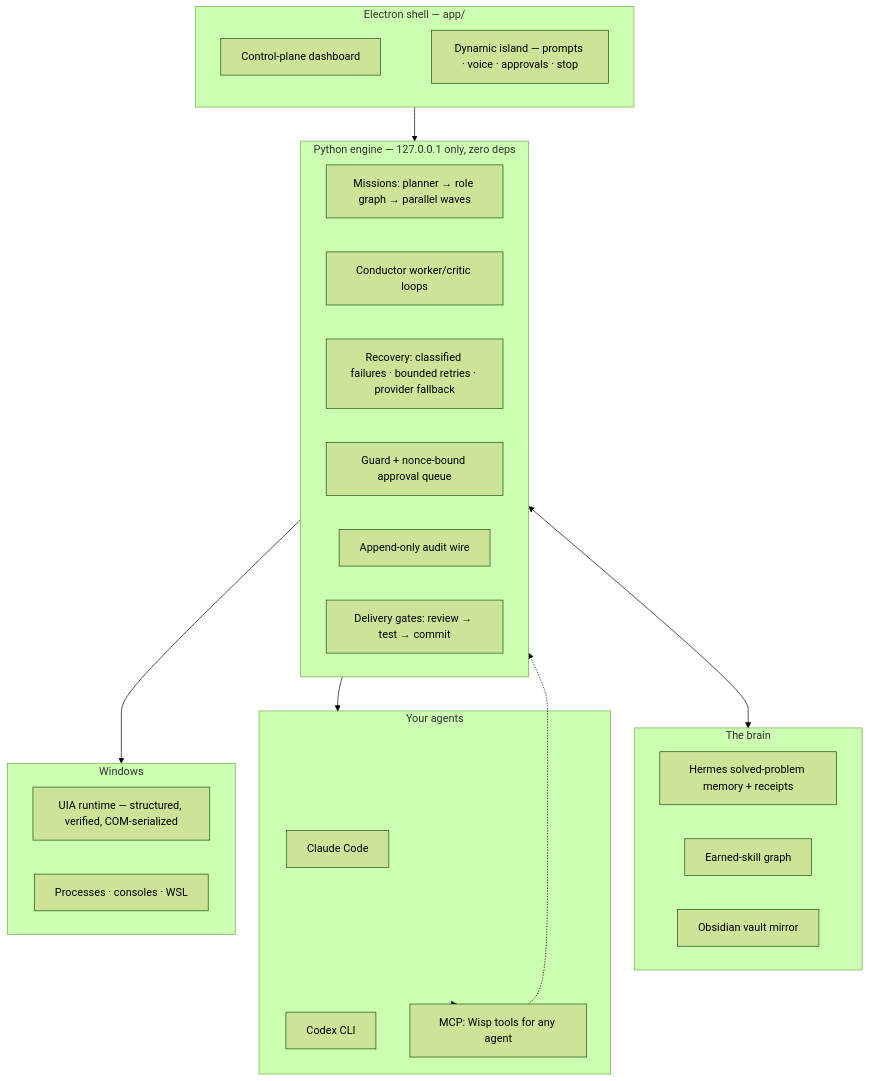
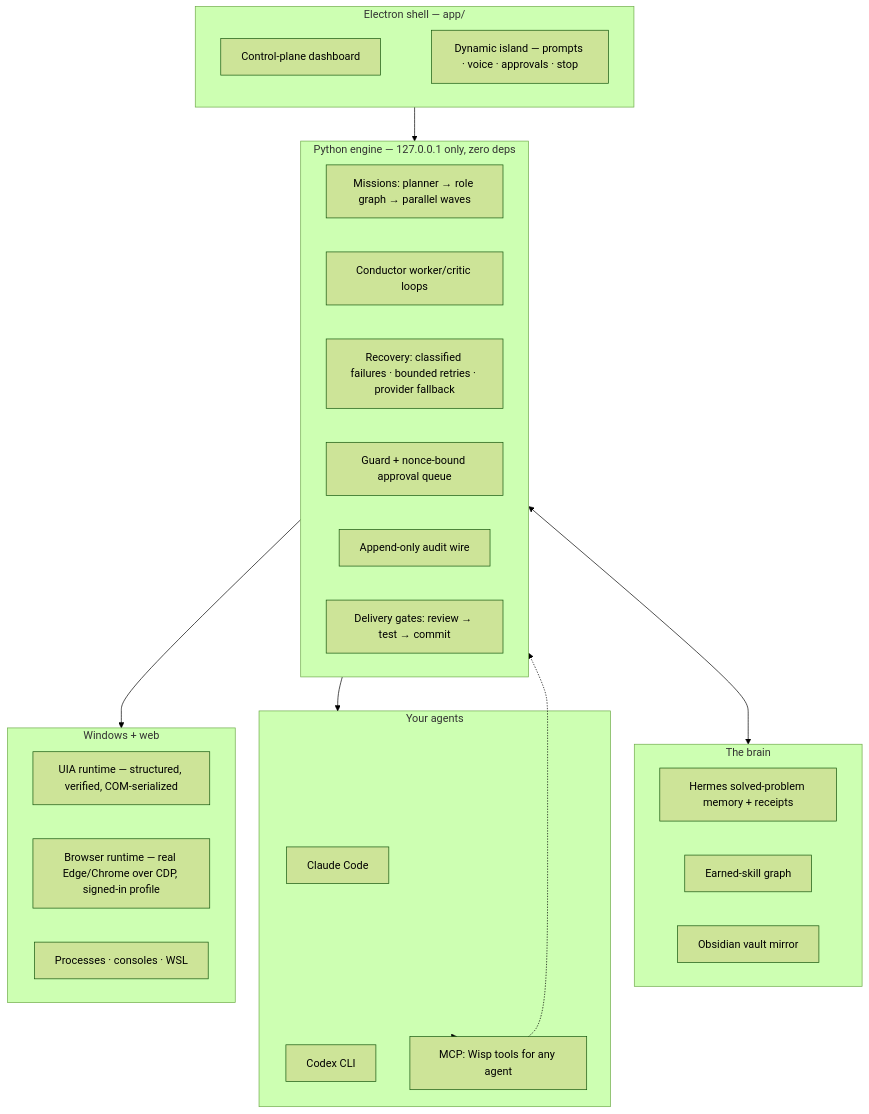
One commit to mizuharaa/rune_agent_os changed the diagram in README.md. Above: the diagram before and after it, drawn with Mermaid (forest theme). The commit also changed other lines of this file and 4 other files, not shown here.

First line of the commit message:
Browser runtime: verified CDP control of a real Edge/Chrome

````diff
--- a/README.md
+++ b/README.md
@@ -119,32 +137,33 @@
 ```mermaid
 flowchart TB
     subgraph shell["Electron shell — app/"]
         dash["Control-plane dashboard"] ~~~ island["Dynamic island — prompts · voice · approvals · stop"]
     end
     subgraph engine["Python engine — 127.0.0.1 only, zero deps"]
         missions["Missions: planner → role graph → parallel waves"]
         loops["Conductor worker/critic loops"]
         recovery["Recovery: classified failures · bounded retries · provider fallback"]
         guard["Guard + nonce-bound approval queue"]
         wire["Append-only audit wire"]
         delivery["Delivery gates: review → test → commit"]
     end
     subgraph brain["The brain"]
         hermes["Hermes solved-problem memory + receipts"]
         skills["Earned-skill graph"]
         vault["Obsidian vault mirror"]
     end
     subgraph actors["Your agents"]
         claude["Claude Code"] ~~~ codex["Codex CLI"]
         mcptools["MCP: Wisp tools for any agent"]
     end
-    subgraph win["Windows"]
+    subgraph win["Windows + web"]
         uia["UIA runtime — structured, verified, COM-serialized"]
+        cdp["Browser runtime — real Edge/Chrome over CDP, signed-in profile"]
         proc["Processes · consoles · WSL"]
     end
     shell --> engine
     engine <--> brain
     engine --> actors
     engine --> win
     actors -.-> mcptools -.-> engine
 ```
````
